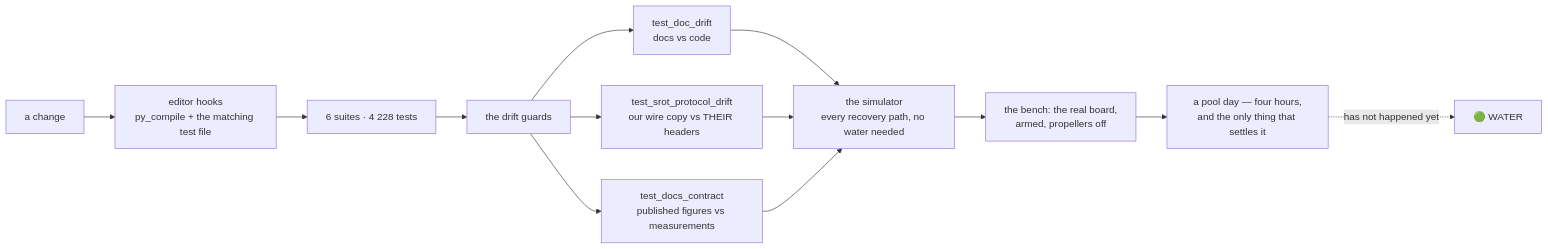
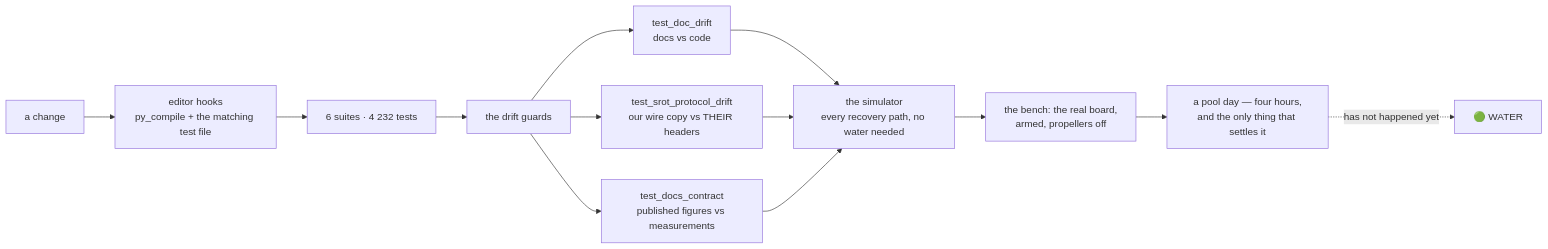
Before and after one commit to fh1m/mongla_ws: the ninth of 10 diagrams in README.md, drawn with Mermaid. The commit also changed other lines of this file and 3 other files, not shown here.

````diff
--- a/README.md
+++ b/README.md
@@ -752,15 +752,15 @@
 ```mermaid
 flowchart LR
     DEV["a change"] --> HOOK["editor hooks<br/>py_compile + the matching test file"]
-    HOOK --> UNIT["6 suites · 4 228 tests"]
+    HOOK --> UNIT["6 suites · 4 232 tests"]
     UNIT --> GUARD["the drift guards"]
     GUARD --> G1["test_doc_drift<br/>docs vs code"]
     GUARD --> G2["test_srot_protocol_drift<br/>our wire copy vs THEIR headers"]
     GUARD --> G3["test_docs_contract<br/>published figures vs measurements"]
     G1 --> SIM["the simulator<br/>every recovery path, no water needed"]
     G2 --> SIM
     G3 --> SIM
     SIM --> BENCH["the bench: the real board,<br/>armed, propellers off"]
     BENCH --> POOL["a pool day — four hours,<br/>and the only thing that settles it"]
     POOL -.->|"has not happened yet"| WATER["🟢 WATER"]
 ```
````
